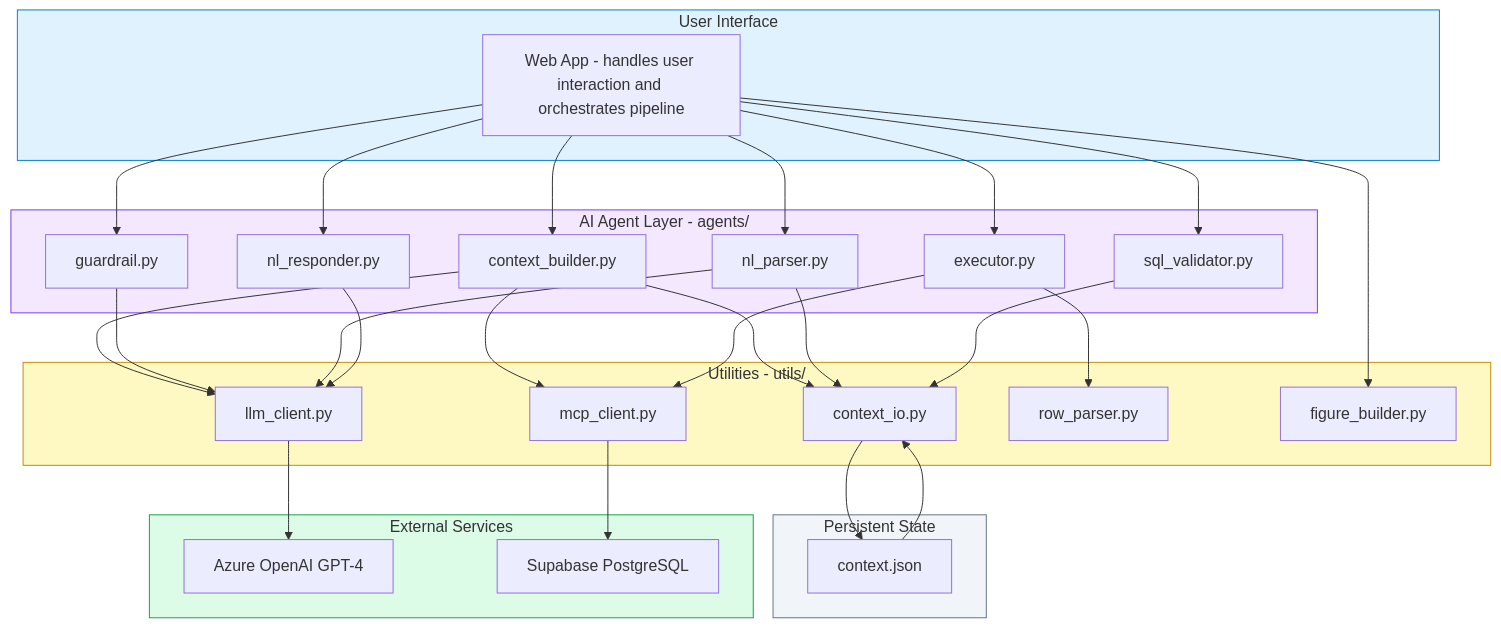
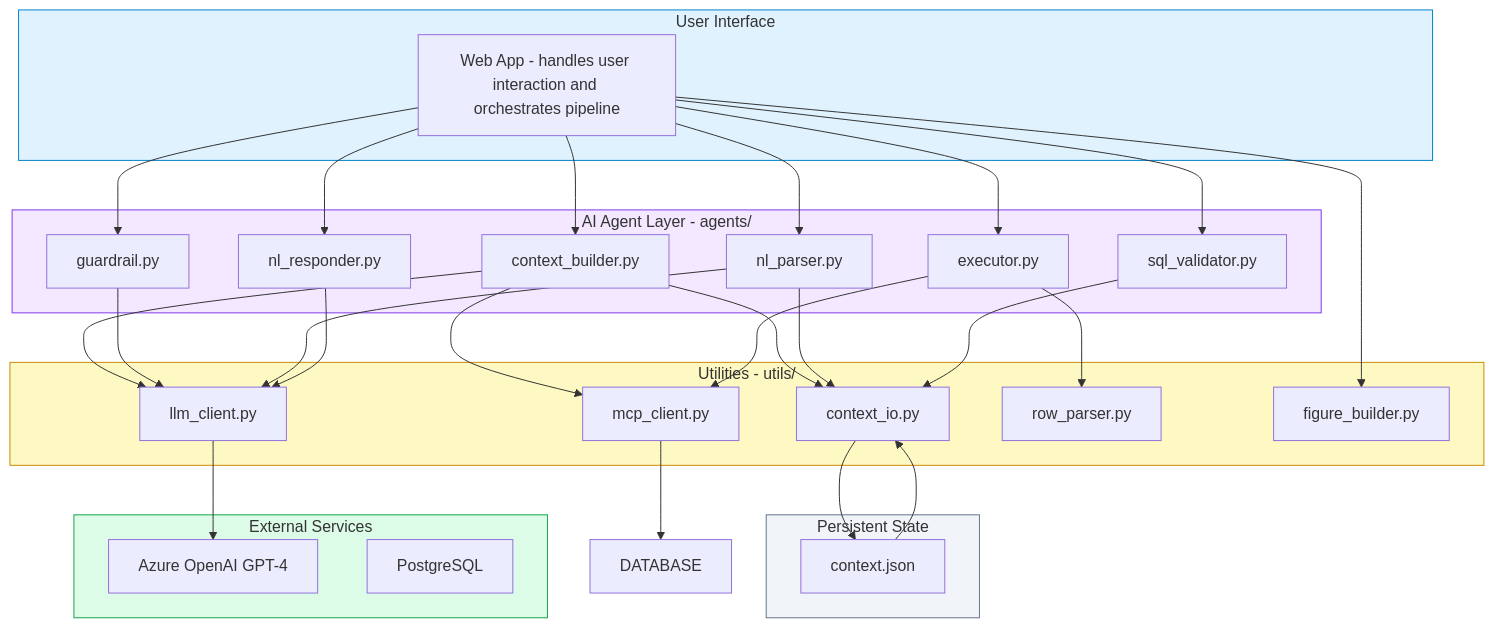
Before and after one commit to devangsharma-igna/csv-agent: the ninth of 9 diagrams in WHAT_AM_I.md, drawn with Mermaid. The commit also changed other lines of this file, not shown here.

Commit message:
Removed DB Provider Name

````diff
--- a/WHAT_AM_I.md
+++ b/WHAT_AM_I.md
@@ -377,60 +377,60 @@
 ```mermaid
 flowchart TB
     subgraph UI["User Interface"]
         WEB["Web App - handles user interaction and orchestrates pipeline"]
     end
 
     subgraph AGLAYER["AI Agent Layer - agents/"]
         CB["context_builder.py"]
         GR["guardrail.py"]
         NLP["nl_parser.py"]
         VAL["sql_validator.py"]
         EXE["executor.py"]
         NLR["nl_responder.py"]
     end
 
     subgraph UTILS["Utilities - utils/"]
         MCP["mcp_client.py"]
         LLM["llm_client.py"]
         CTX["context_io.py"]
         ROW["row_parser.py"]
         FIG["figure_builder.py"]
     end
 
     subgraph STORE["Persistent State"]
         JSON["context.json"]
     end
 
     subgraph EXT["External Services"]
         OPENAI["Azure OpenAI GPT-4"]
-        SUPABASE["Supabase PostgreSQL"]
+        SUPABASE["PostgreSQL"]
     end
 
     WEB --> CB
     WEB --> GR
     WEB --> NLP
     WEB --> VAL
     WEB --> EXE
     WEB --> NLR
     WEB --> FIG
     CB --> MCP
     CB --> LLM
     CB --> CTX
     GR --> LLM
     NLP --> LLM
     NLP --> CTX
     VAL --> CTX
     EXE --> MCP
     EXE --> ROW
     NLR --> LLM
-    MCP --> SUPABASE
+    MCP --> DATABASE
     LLM --> OPENAI
     CTX --> JSON
     JSON --> CTX
 
     style UI fill:#e0f2fe,stroke:#0284c7
     style AGLAYER fill:#f3e8ff,stroke:#7c3aed
     style UTILS fill:#fef9c3,stroke:#ca8a04
     style STORE fill:#f1f5f9,stroke:#64748b
     style EXT fill:#dcfce7,stroke:#16a34a
 ```
````
